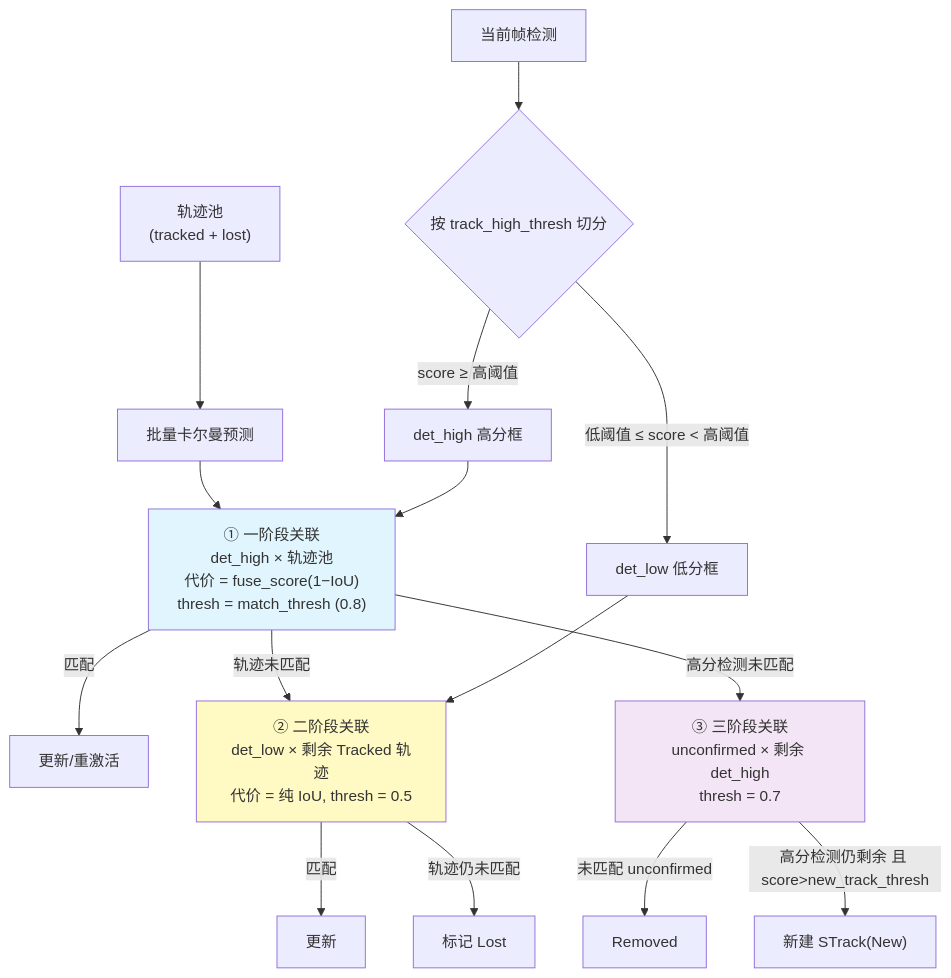
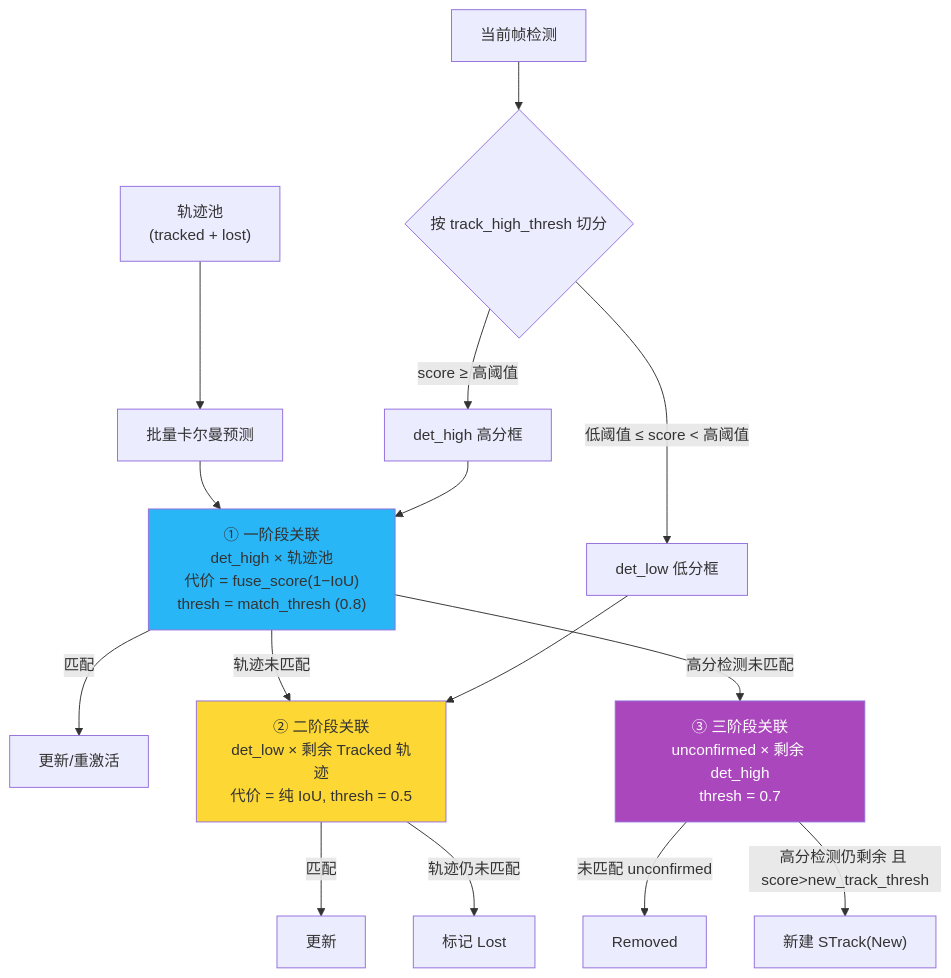
The second of 4 diagrams in docs/guides/tracking/bytetrack.md (yyq19990828/onnxtools), drawn with Mermaid before and after one commit. The commit also changed other lines of this file and 12 other files, not shown here.

First line of the commit message:
fix(docs): 修复 mermaid 暗色模式配色 + 语法报错 + 数学公式渲染

````diff
--- a/docs/guides/tracking/bytetrack.md
+++ b/docs/guides/tracking/bytetrack.md
@@ -35,25 +35,25 @@
 ```mermaid
 flowchart TD
     DETS["当前帧检测"] --> SPLIT{"按 track_high_thresh 切分"}
     SPLIT -->|score ≥ 高阈值| HIGH["det_high 高分框"]
     SPLIT -->|低阈值 ≤ score < 高阈值| LOW["det_low 低分框"]
 
     POOL["轨迹池<br/>(tracked + lost)"] --> PREDICT["批量卡尔曼预测"]
     PREDICT --> S1
 
     HIGH --> S1["① 一阶段关联<br/>det_high × 轨迹池<br/>代价 = fuse_score(1−IoU)<br/>thresh = match_thresh (0.8)"]
     S1 -->|匹配| UP1["更新/重激活"]
     S1 -->|轨迹未匹配| S2
 
     LOW --> S2["② 二阶段关联<br/>det_low × 剩余 Tracked 轨迹<br/>代价 = 纯 IoU, thresh = 0.5"]
     S2 -->|匹配| UP2["更新"]
     S2 -->|轨迹仍未匹配| MARKLOST["标记 Lost"]
 
     S1 -->|高分检测未匹配| S3["③ 三阶段关联<br/>unconfirmed × 剩余 det_high<br/>thresh = 0.7"]
     S3 -->|未匹配 unconfirmed| RM["Removed"]
     S3 -->|高分检测仍剩余 且 score>new_track_thresh| NEW["新建 STrack(New)"]
 
-    style S1 fill:#e1f5fe
-    style S2 fill:#fff9c4
-    style S3 fill:#f3e5f5
+    style S1 fill:#29b6f6
+    style S2 fill:#fdd835
+    style S3 fill:#ab47bc,color:#fff
 ```
````
